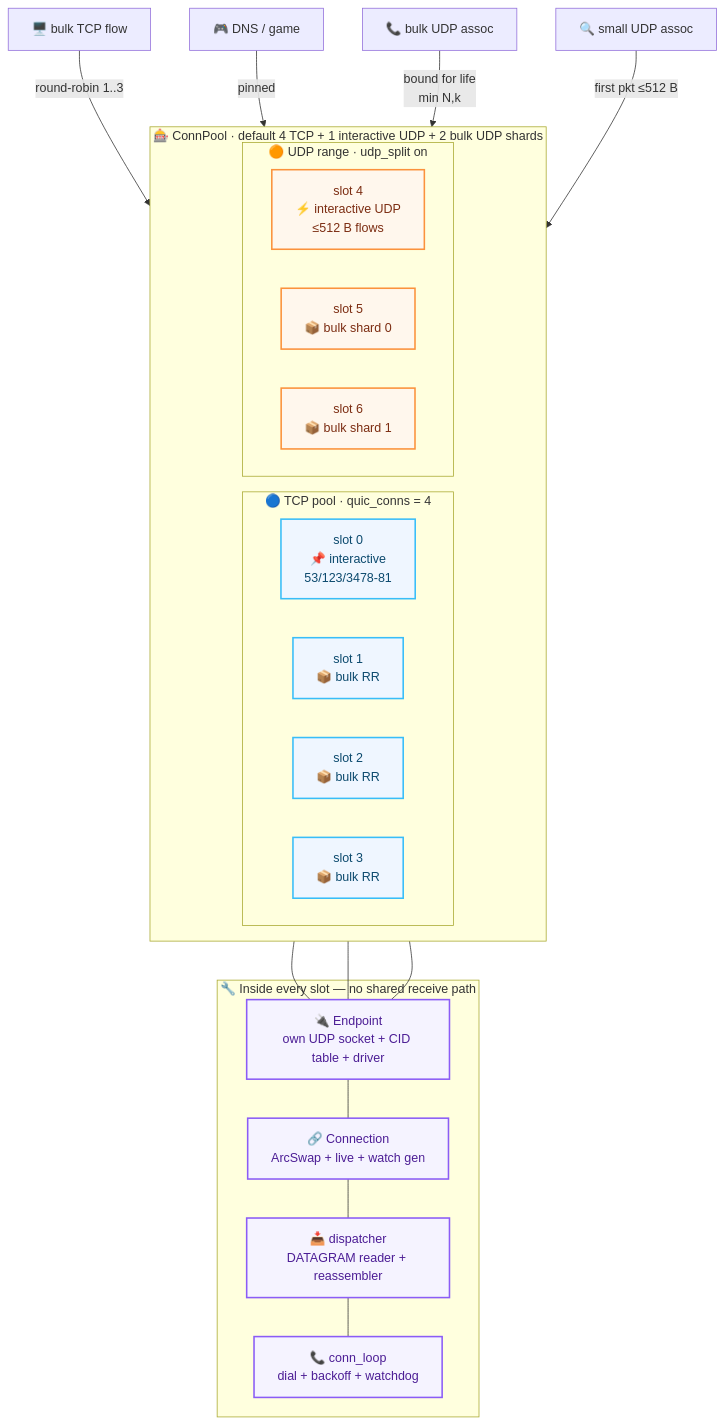
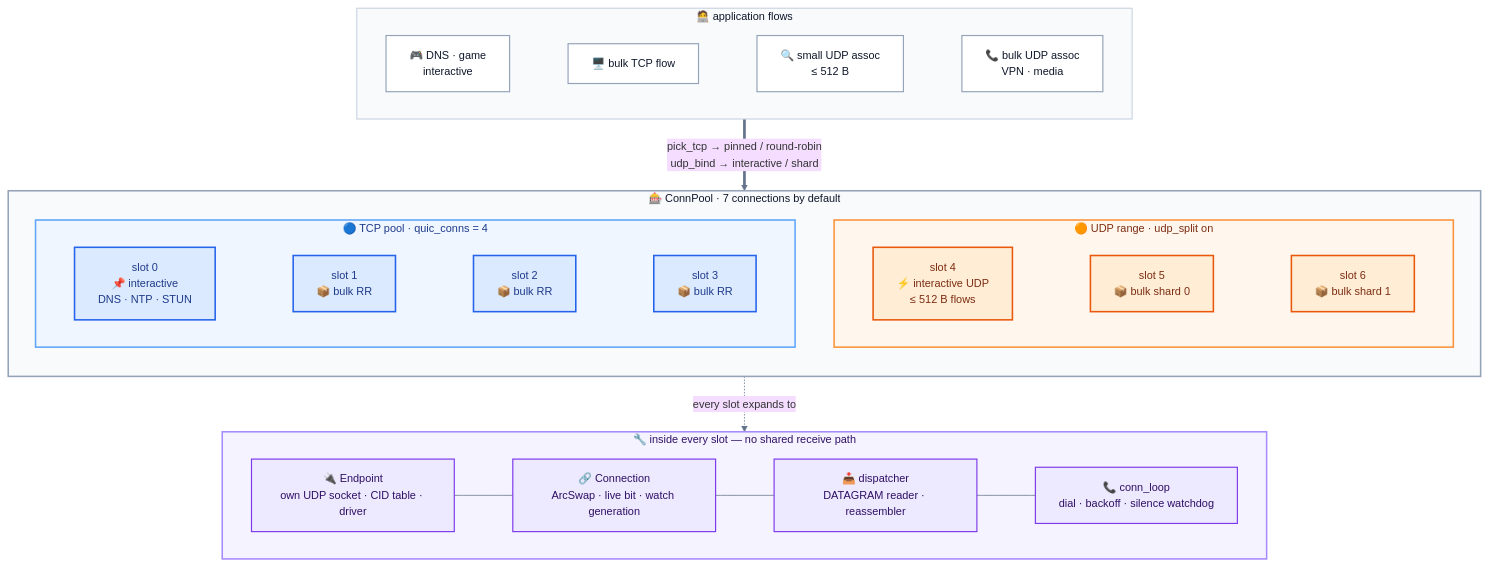
One commit to Terutoki/MyQUIC2 changed the third of 8 diagrams in README.md. Above: the diagram before and after it, drawn with Mermaid. The commit also changed other lines of this file, not shown here.

````diff
--- a/README.md
+++ b/README.md
@@ -123,38 +149,53 @@
 ```mermaid
+%%{init: {"theme":"base","themeVariables":{"fontSize":"14px","lineColor":"#64748b"}}}%%
 flowchart TB
-    subgraph Pool["🎰 ConnPool · default 4 TCP + 1 interactive UDP + 2 bulk UDP shards"]
+    subgraph APPS["🧑‍💻  application flows"]
         direction LR
-        subgraph TCPs["🔵 TCP pool · quic_conns = 4"]
-            T0["slot 0<br/>📌 interactive<br/>53/123/3478-81"]
+        APP2["🎮 DNS · game<br/>interactive"]
+        APP1["🖥️ bulk TCP flow"]
+        APP4["🔍 small UDP assoc<br/>≤ 512 B"]
+        APP3["📞 bulk UDP assoc<br/>VPN · media"]
+        APP2 ~~~ APP1 ~~~ APP4 ~~~ APP3
+    end
+    subgraph POOL["🎰  ConnPool · 7 connections by default"]
+        direction TB
+        subgraph UDPR["🟠 UDP range · udp_split on"]
+            direction LR
+            U0["slot 4<br/>⚡ interactive UDP<br/>≤ 512 B flows"]
+            U1["slot 5<br/>📦 bulk shard 0"]
+            U2["slot 6<br/>📦 bulk shard 1"]
+            U0 ~~~ U1 ~~~ U2
+        end
+        subgraph TCP["🔵 TCP pool · quic_conns = 4"]
+            direction LR
+            T0["slot 0<br/>📌 interactive<br/>DNS · NTP · STUN"]
             T1["slot 1<br/>📦 bulk RR"]
             T2["slot 2<br/>📦 bulk RR"]
             T3["slot 3<br/>📦 bulk RR"]
-        end
-        subgraph UDPs["🟠 UDP range · udp_split on"]
-            U0["slot 4<br/>⚡ interactive UDP<br/>≤512 B flows"]
-            U1["slot 5<br/>📦 bulk shard 0"]
-            U2["slot 6<br/>📦 bulk shard 1"]
+            T0 ~~~ T1 ~~~ T2 ~~~ T3
         end
     end
-    subgraph SlotInternals["🔧 Inside every slot — no shared receive path"]
-        EP["🔌 Endpoint<br/>own UDP socket + CID table + driver"]
-        CN["🔗 Connection<br/>ArcSwap + live + watch gen"]
-        DL["📥 dispatcher<br/>DATAGRAM reader + reassembler"]
-        LP["📞 conn_loop<br/>dial + backoff + watchdog"]
+    subgraph SLOT["🔧  inside every slot — no shared receive path"]
+        direction LR
+        EP["🔌 Endpoint<br/>own UDP socket · CID table · driver"]
+        CN["🔗 Connection<br/>ArcSwap · live bit · watch generation"]
+        DL["📥 dispatcher<br/>DATAGRAM reader · reassembler"]
+        LP["📞 conn_loop<br/>dial · backoff · silence watchdog"]
         EP --- CN --- DL --- LP
     end
-    T0 --- EP
-    T1 --- EP
-    U1 --- EP
-    APP1["🖥️ bulk TCP flow"] -->|round-robin 1..3| T1
-    APP2["🎮 DNS / game"] -->|pinned| T0
-    APP3["📞 bulk UDP assoc"] -->|bound for life<br/>min N,k| U1
-    APP4["🔍 small UDP assoc"] -->|first pkt ≤512 B| U0
-
-    classDef tcp fill:#eff6ff,stroke:#38bdf8,stroke-width:2px,color:#0c4a6e
-    classDef udp fill:#fff7ed,stroke:#fb923c,stroke-width:2px,color:#7c2d12
-    classDef infra fill:#f5f3ff,stroke:#8b5cf6,stroke-width:2px,color:#4c1d95
+    APPS ==>|"pick_tcp → pinned / round-robin<br/>udp_bind → interactive / shard"| POOL
+    POOL -.->|"every slot expands to"| SLOT
+    style APPS fill:#f8fafc,stroke:#cbd5e1,stroke-width:1.5px,color:#0f172a
+    style POOL fill:#f8fafc,stroke:#94a3b8,stroke-width:2px,color:#0f172a
+    style TCP fill:#eff6ff,stroke:#60a5fa,stroke-width:2px,color:#1e3a8a
+    style UDPR fill:#fff7ed,stroke:#fb923c,stroke-width:2px,color:#7c2d12
+    style SLOT fill:#f5f3ff,stroke:#a78bfa,stroke-width:2px,color:#2e1065
+    classDef tcp fill:#dbeafe,stroke:#2563eb,stroke-width:2px,color:#1e3a8a
+    classDef udp fill:#ffedd5,stroke:#ea580c,stroke-width:2px,color:#7c2d12
+    classDef infra fill:#ede9fe,stroke:#7c3aed,stroke-width:1.5px,color:#2e1065
+    classDef app fill:#ffffff,stroke:#94a3b8,stroke-width:1.5px,color:#0f172a
     class T0,T1,T2,T3 tcp
     class U0,U1,U2 udp
     class EP,CN,DL,LP infra
+    class APP1,APP2,APP3,APP4 app
 ```
````
